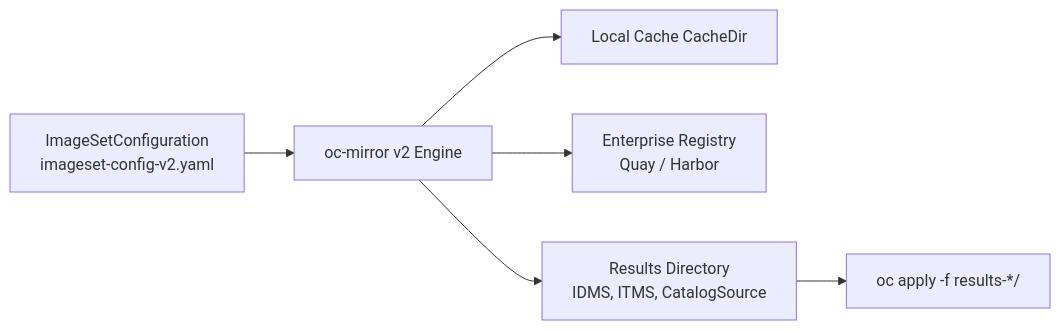
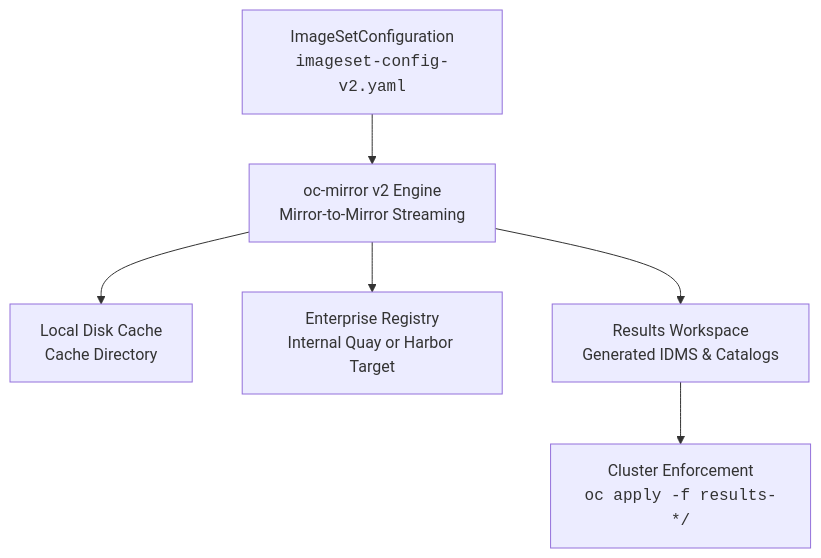
Before and after one commit to nubenetes/openshift-4-20-installation-day0-day2: the fourth of 6 diagrams in scripts/README.md, drawn with Mermaid. The commit also changed other lines of this file, not shown here.

Commit message:
fix(docs): optimize mermaid diagram boxes, text breaks and flow orientation in scripts/README.md

````diff
--- a/scripts/README.md
+++ b/scripts/README.md
@@ -247,8 +247,8 @@
 ```mermaid
-flowchart LR
-    A[ImageSetConfiguration<br/>imageset-config-v2.yaml] --> B[oc-mirror v2 Engine]
-    B --> C[Local Cache CacheDir]
-    B --> D[Enterprise Registry<br/>Quay / Harbor]
-    B --> E[Results Directory<br/>IDMS, ITMS, CatalogSource]
-    E --> F[oc apply -f results-*/]
+flowchart TD
+    A["ImageSetConfiguration<br/><code>imageset-config-v2.yaml</code>"] --> B["oc-mirror v2 Engine<br/>Mirror-to-Mirror Streaming"]
+    B --> C["Local Disk Cache<br/>Cache Directory"]
+    B --> D["Enterprise Registry<br/>Internal Quay or Harbor Target"]
+    B --> E["Results Workspace<br/>Generated IDMS &amp; Catalogs"]
+    E --> F["Cluster Enforcement<br/><code>oc apply -f results-*/</code>"]
 ```
````
